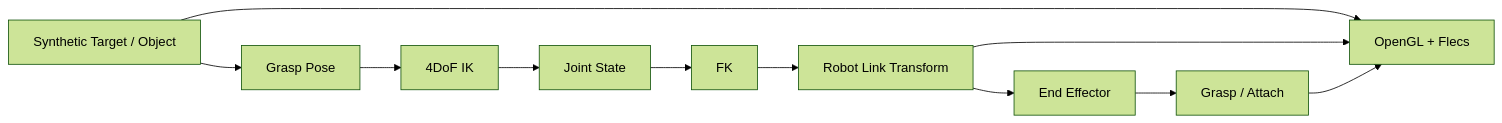
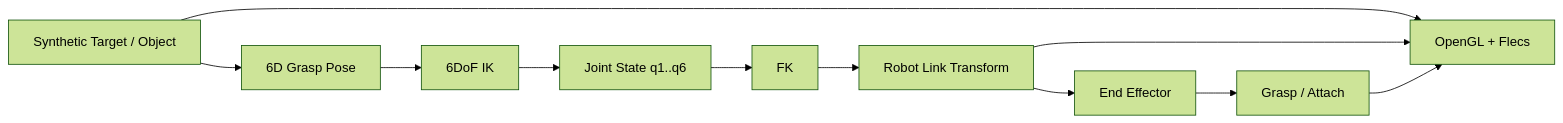
One commit to cgantro/GraspLink changed the diagram in docs/ARCHITECTURE.md. Above: the diagram before and after it, drawn with Mermaid (forest theme). The commit also changed other lines of this file, not shown here.

Commit message:
docs: update architecture for 6DoF HCR-12A

````diff
--- a/docs/ARCHITECTURE.md
+++ b/docs/ARCHITECTURE.md
@@ -13,17 +13,17 @@
 ```mermaid
 flowchart LR
     T[Synthetic Target / Object]
-    G[Grasp Pose]
-    IK[4DoF IK]
-    J[Joint State]
+    G[6D Grasp Pose]
+    IK[6DoF IK]
+    J[Joint State q1..q6]
     FK[FK]
     R[Robot Link Transform]
     EE[End Effector]
     A[Grasp / Attach]
     V[OpenGL + Flecs]
 
     T --> G --> IK --> J --> FK --> R --> EE --> A
     T --> V
     R --> V
     A --> V
 ```
````
